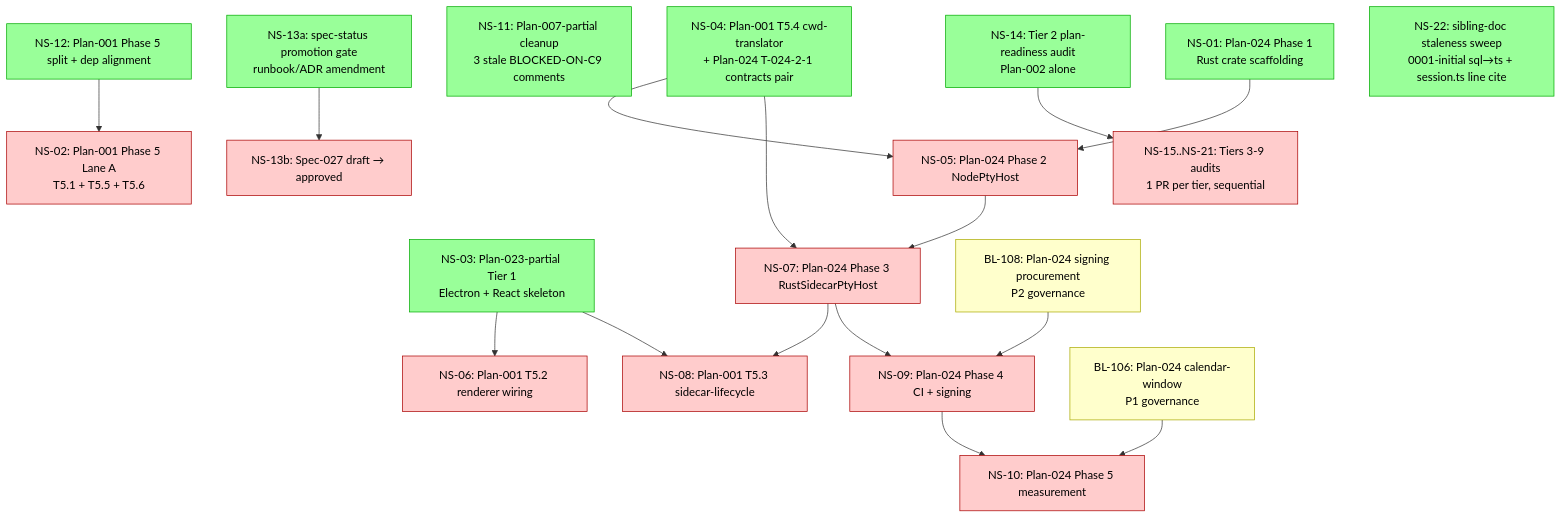
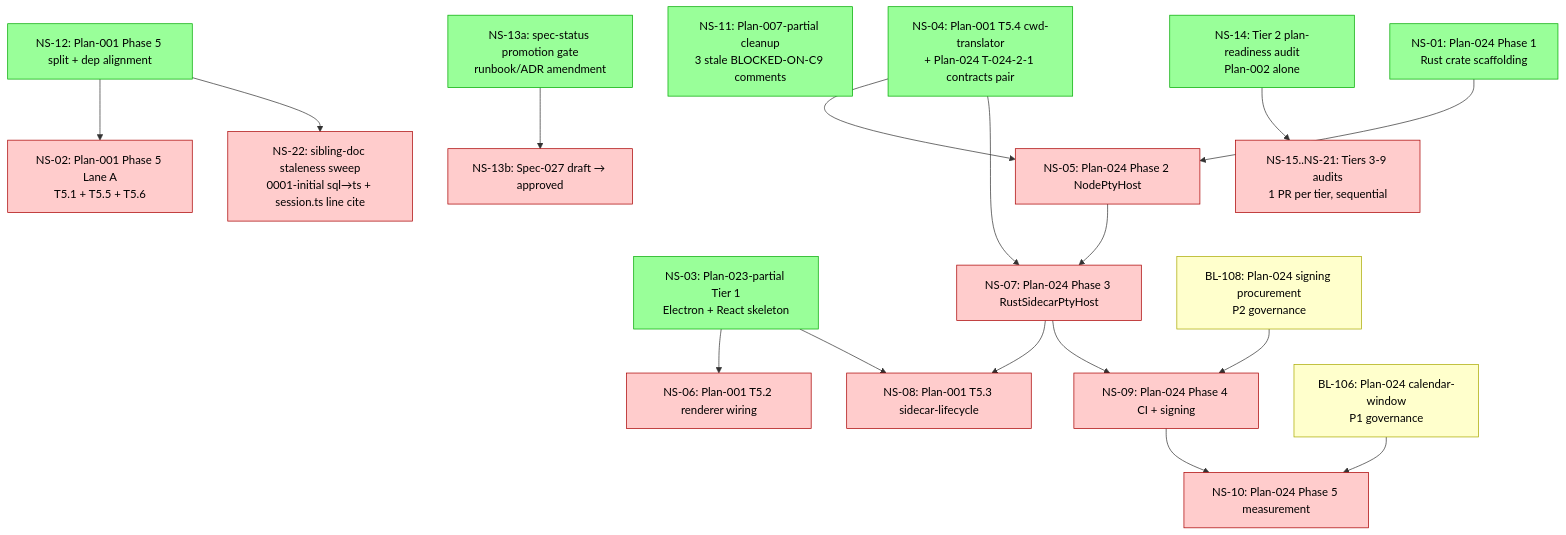
Before and after one commit to Sawmonabo/ai-sidekicks: the diagram in docs/architecture/cross-plan-dependencies.md, drawn with Mermaid. The commit also changed other lines of this file, not shown here.

````diff
--- a/docs/architecture/cross-plan-dependencies.md
+++ b/docs/architecture/cross-plan-dependencies.md
@@ -282,51 +282,52 @@
 ```mermaid
 graph TB
   %% READY (no upstream NS-XX blockers)
   NS01[NS-01: Plan-024 Phase 1<br/>Rust crate scaffolding]:::ready
   NS03[NS-03: Plan-023-partial Tier 1<br/>Electron + React skeleton]:::ready
   NS04[NS-04: Plan-001 T5.4 cwd-translator<br/>+ Plan-024 T-024-2-1 contracts pair]:::ready
   NS11[NS-11: Plan-007-partial cleanup<br/>3 stale BLOCKED-ON-C9 comments]:::ready
   NS12[NS-12: Plan-001 Phase 5 split + dep alignment]:::ready
   NS13a[NS-13a: spec-status promotion gate<br/>runbook/ADR amendment]:::ready
   NS14[NS-14: Tier 2 plan-readiness audit<br/>Plan-002 alone]:::ready
-  NS22[NS-22: sibling-doc staleness sweep<br/>0001-initial sql→ts + session.ts line cite]:::ready
+  NS22[NS-22: sibling-doc staleness sweep<br/>0001-initial sql→ts + session.ts line cite]:::blocked
 
   %% BLOCKED
   NS02[NS-02: Plan-001 Phase 5 Lane A<br/>T5.1 + T5.5 + T5.6]:::blocked
   NS05[NS-05: Plan-024 Phase 2 NodePtyHost]:::blocked
   NS06[NS-06: Plan-001 T5.2 renderer wiring]:::blocked
   NS07[NS-07: Plan-024 Phase 3 RustSidecarPtyHost]:::blocked
   NS08[NS-08: Plan-001 T5.3 sidecar-lifecycle]:::blocked
   NS09[NS-09: Plan-024 Phase 4 CI + signing]:::blocked
   NS10[NS-10: Plan-024 Phase 5 measurement]:::blocked
   NS13b[NS-13b: Spec-027 draft → approved]:::blocked
   NS15[NS-15..NS-21: Tiers 3-9 audits<br/>1 PR per tier, sequential]:::blocked
 
   %% EXISTING BACKLOG (governance)
   BL106[BL-106: Plan-024 calendar-window<br/>P1 governance]:::governance
   BL108[BL-108: Plan-024 signing procurement<br/>P2 governance]:::governance
 
   %% Code track edges
   NS12 --> NS02
+  NS12 --> NS22
   NS01 --> NS05
   NS04 --> NS05
   NS04 --> NS07
   NS05 --> NS07
   NS03 --> NS06
   NS03 --> NS08
   NS07 --> NS08
   NS07 --> NS09
   BL108 --> NS09
   NS09 --> NS10
   BL106 --> NS10
 
   %% Governance chain
   NS13a --> NS13b
 
   %% Audit chain
   NS14 --> NS15
 
   classDef ready fill:#9f9,stroke:#0a0,color:#000
   classDef blocked fill:#fcc,stroke:#a00,color:#000
   classDef governance fill:#ffc,stroke:#aa0,color:#000
 ```
````
